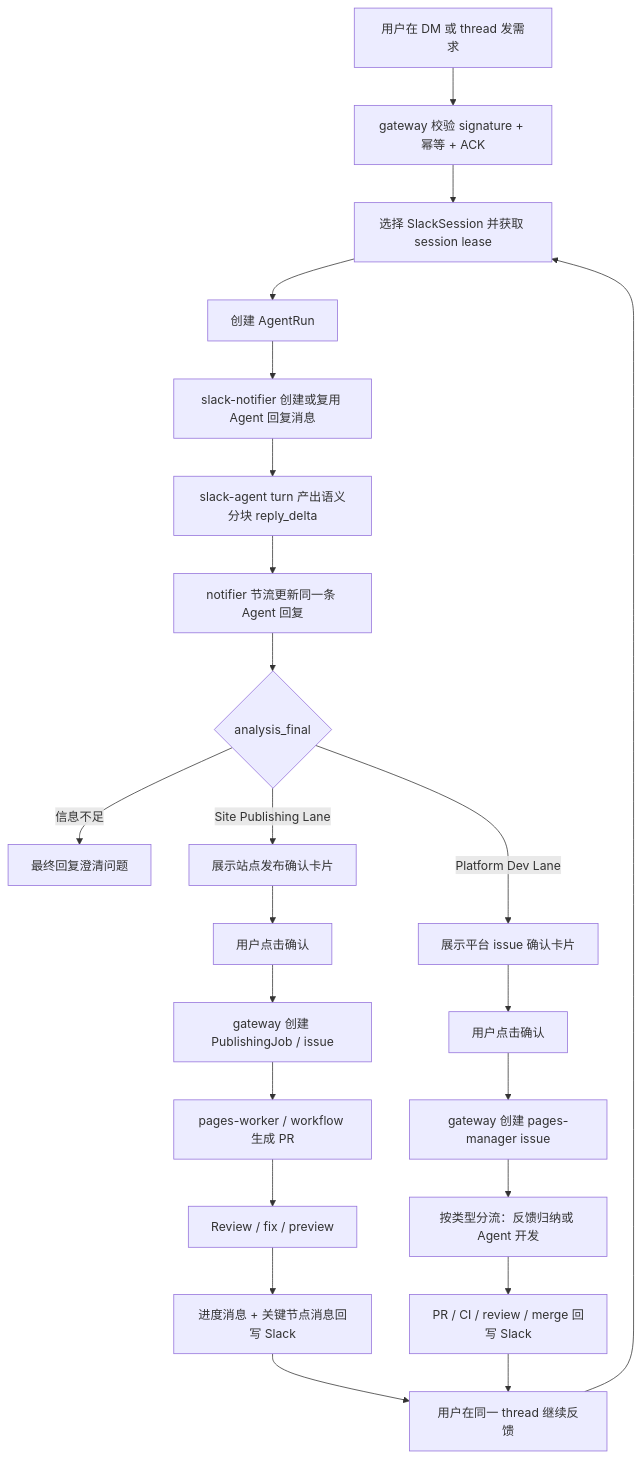
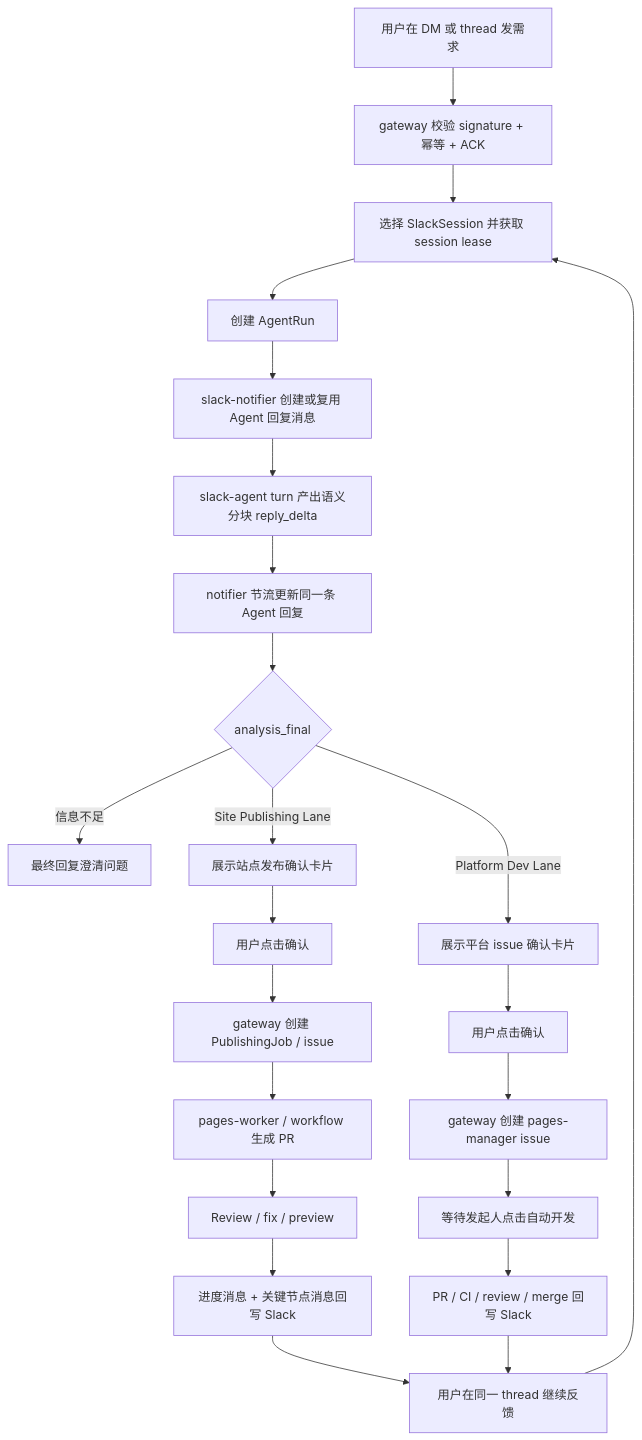
Before and after one commit to qaj701224-blip/pages-manager: the diagram in docs/architecture/slack-platform-runtime.md, drawn with Mermaid. The commit also changed other lines of this file and 62 other files, not shown here.

````diff
--- a/docs/architecture/slack-platform-runtime.md
+++ b/docs/architecture/slack-platform-runtime.md
@@ -554,25 +553,25 @@
 ```mermaid
 flowchart TD
   A["用户在 DM 或 thread 发需求"] --> B["gateway 校验 signature + 幂等 + ACK"]
   B --> C["选择 SlackSession 并获取 session lease"]
   C --> D["创建 AgentRun"]
   D --> E["slack-notifier 创建或复用 Agent 回复消息"]
   E --> F["slack-agent turn 产出语义分块 reply_delta"]
   F --> G["notifier 节流更新同一条 Agent 回复"]
   G --> H{"analysis_final"}
   H -->|"信息不足"| I["最终回复澄清问题"]
   H -->|"Site Publishing Lane"| J["展示站点发布确认卡片"]
   H -->|"Platform Dev Lane"| Q["展示平台 issue 确认卡片"]
   J --> K["用户点击确认"]
   K --> L["gateway 创建 PublishingJob / issue"]
   L --> M["pages-worker / workflow 生成 PR"]
   M --> N["Review / fix / preview"]
   N --> O["进度消息 + 关键节点消息回写 Slack"]
   O --> P["用户在同一 thread 继续反馈"]
   Q --> R["用户点击确认"]
   R --> S["gateway 创建 pages-manager issue"]
-  S --> T["按类型分流：反馈归纳或 Agent 开发"]
+  S --> T["等待发起人点击自动开发"]
   T --> U["PR / CI / review / merge 回写 Slack"]
   U --> P
   P --> C
 ```
````
